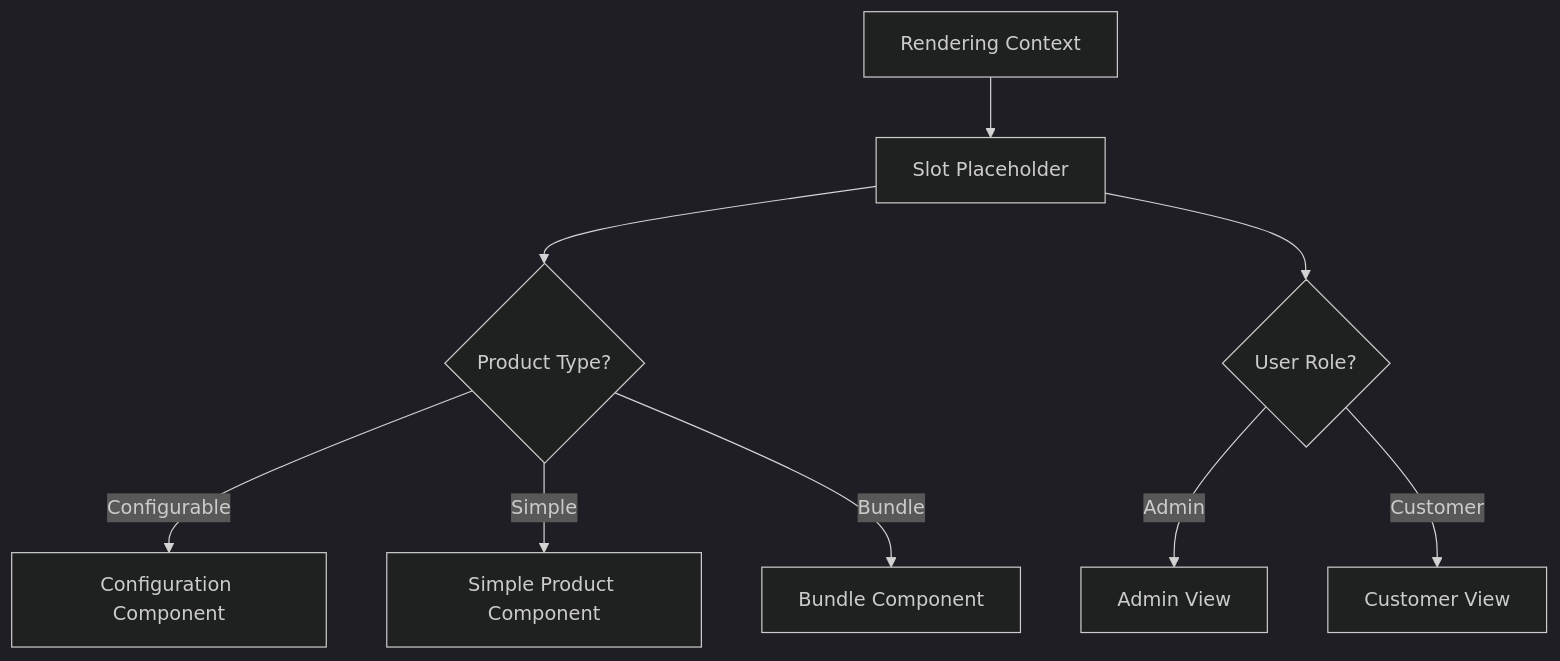
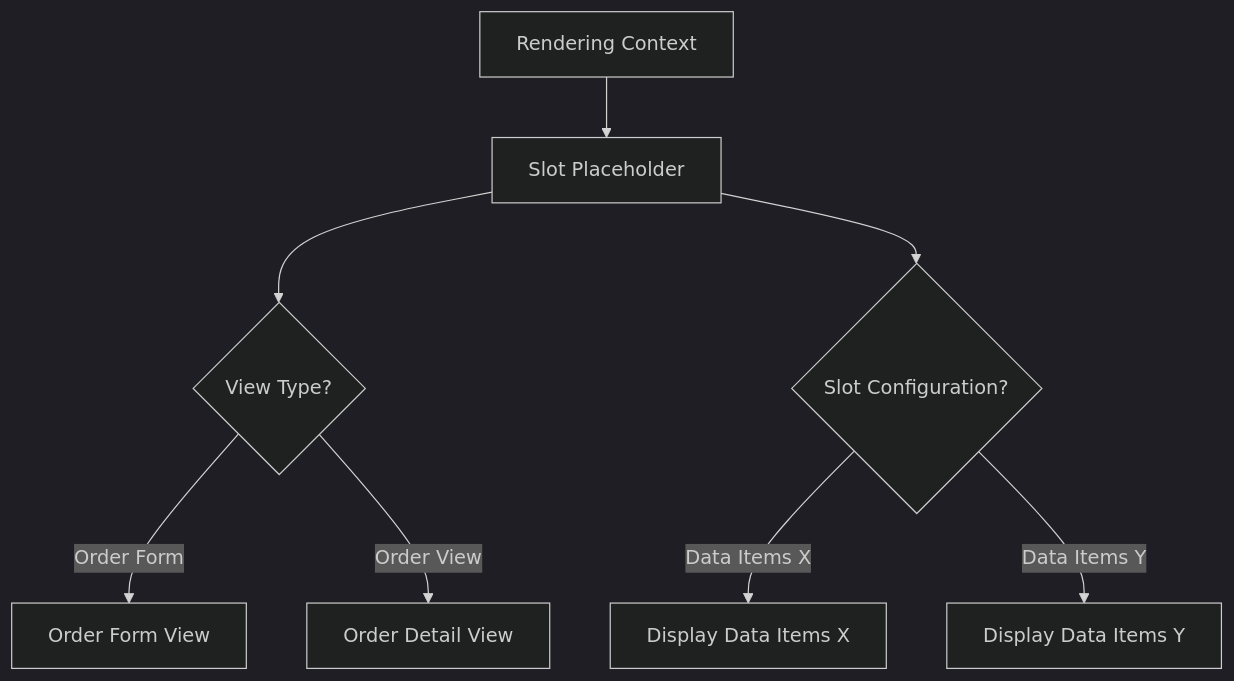
The second of 2 diagrams in docs/touchpoint/index.md (codedventuresptyltd/foundry), drawn with Mermaid (dark theme) before and after one commit. The commit also changed other lines of this file and 3 other files, not shown here.

````diff
--- a/docs/touchpoint/index.md
+++ b/docs/touchpoint/index.md
@@ -84,13 +92,12 @@
 ```mermaid
 flowchart TB
     CONTEXT[Rendering Context] --> SLOT[Slot Placeholder]
     
-    SLOT --> TYPE{Product Type?}
-    TYPE -->|Configurable| CONFIG[Configuration Component]
-    TYPE -->|Simple| SIMPLE[Simple Product Component]
-    TYPE -->|Bundle| BUNDLE[Bundle Component]
+    SLOT --> VIEW{View Type?}
+    VIEW -->|Order Form| ORDER[Order Form View]
+    VIEW -->|Order View| DETAIL[Order Detail View]
     
-    SLOT --> ROLE{User Role?}
-    ROLE -->|Admin| ADMIN[Admin View]
-    ROLE -->|Customer| CUSTOMER[Customer View]
+    SLOT --> CONFIG{Slot Configuration?}
+    CONFIG -->|Data Items X| ITEMS_X[Display Data Items X]
+    CONFIG -->|Data Items Y| ITEMS_Y[Display Data Items Y]
 ```
````
